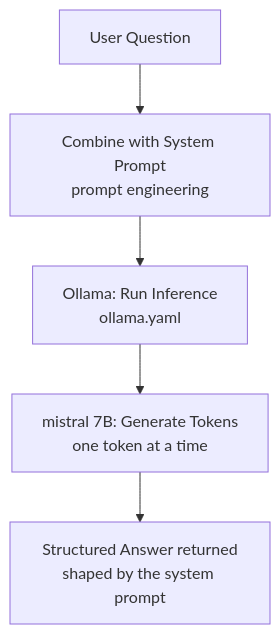
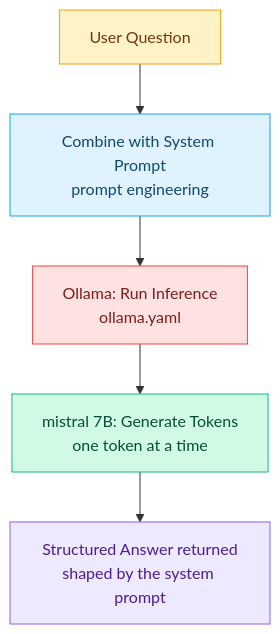
Before and after one commit to biswa123642/local-k8s-ai-agent: the diagram in docs/ai-concepts.md, drawn with Mermaid. The commit also changed 1 other file, not shown here.

Commit message:
Add colors to all Mermaid diagrams

````diff
--- a/docs/ai-concepts.md
+++ b/docs/ai-concepts.md
@@ -153,13 +153,19 @@
 ```mermaid
 flowchart TD
     USR[User Question]
     SP[Combine with System Prompt\nprompt engineering]
     OLL[Ollama: Run Inference\nollama.yaml]
     LLM[mistral 7B: Generate Tokens\none token at a time]
     ANS[Structured Answer returned\nshaped by the system prompt]
 
     USR --> SP
     SP --> OLL
     OLL --> LLM
     LLM --> ANS
+
+    style USR fill:#fef3c7,stroke:#f59e0b,color:#78350f
+    style SP  fill:#e0f2fe,stroke:#0ea5e9,color:#0c4a6e
+    style OLL fill:#fee2e2,stroke:#ef4444,color:#7f1d1d
+    style LLM fill:#d1fae5,stroke:#10b981,color:#064e3b
+    style ANS fill:#ede9fe,stroke:#8b5cf6,color:#4c1d95
 ```
````
